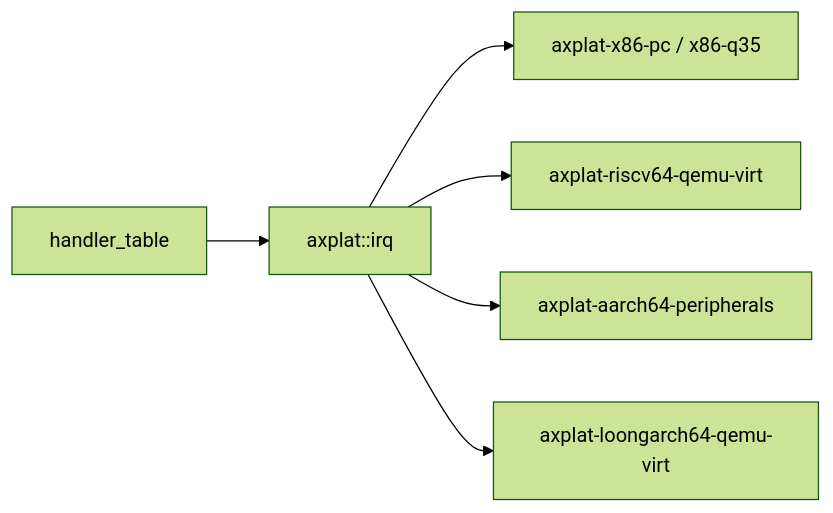
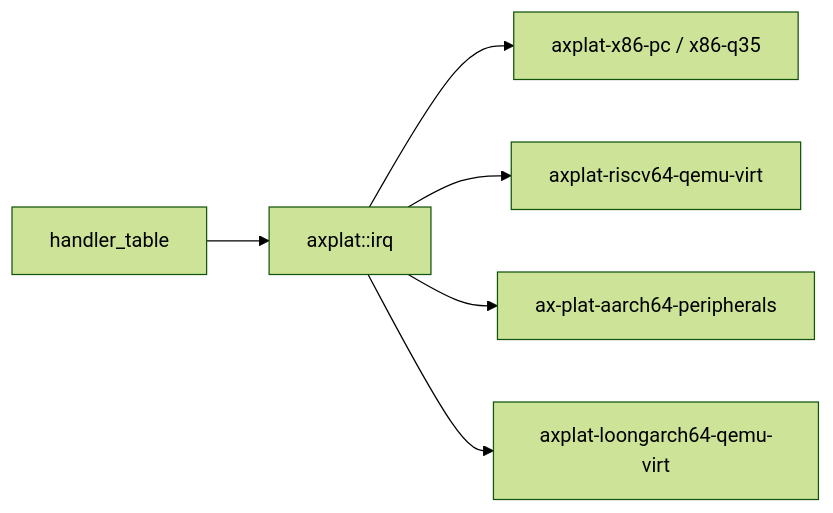
The second of 2 diagrams in docs/crates/handler_table.md (zKurisu/tgoskits), drawn with Mermaid (forest theme) before and after one commit. The commit also changed 39 other files, not shown here.

Commit message:
rename axplat-aarch64-peripherals to ax-plat-aarch64-peripherals

````diff
--- a/docs/crates/handler_table.md
+++ b/docs/crates/handler_table.md
@@ -66,8 +66,8 @@
 ```mermaid
 graph LR
     handler_table["handler_table"] --> axplat["axplat::irq"]
     axplat --> x86["axplat-x86-pc / x86-q35"]
     axplat --> riscv["axplat-riscv64-qemu-virt"]
-    axplat --> aarch64["axplat-aarch64-peripherals"]
+    axplat --> aarch64["ax-plat-aarch64-peripherals"]
     axplat --> loongarch["axplat-loongarch64-qemu-virt"]
 ```
````
